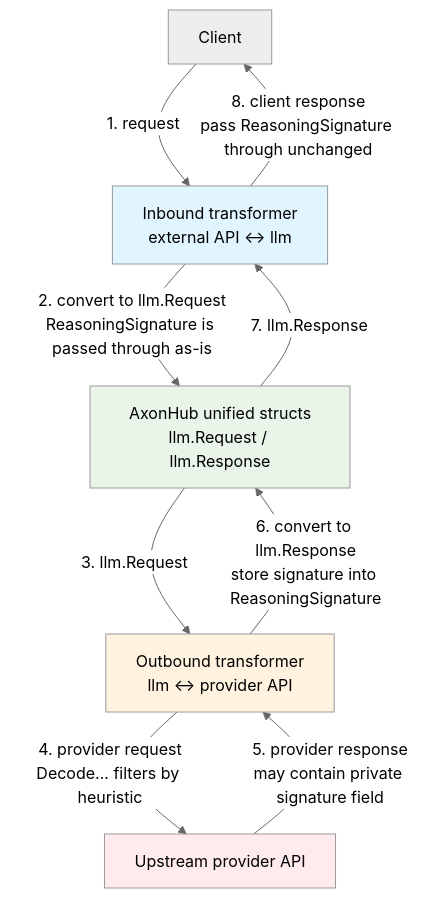
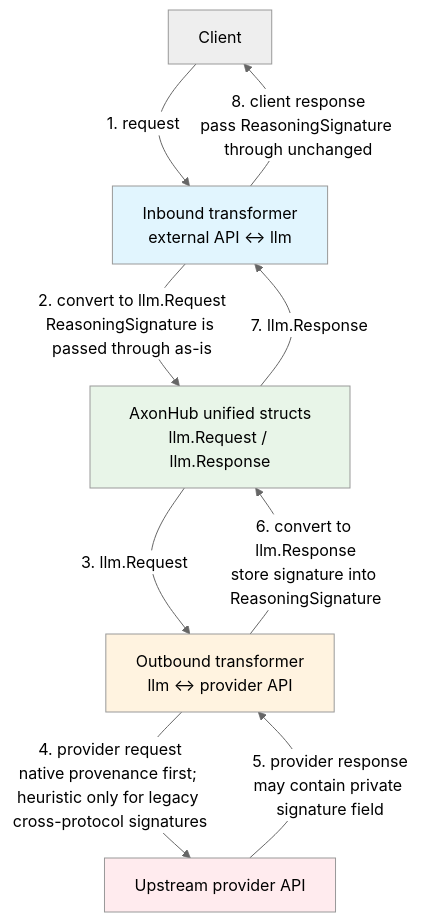
The diagram in llm/transformer/shared/README.md (looplj/axonhub), drawn with Mermaid (neutral theme) before and after one commit. The commit also changed other lines of this file and 21 other files, not shown here.

````diff
--- a/llm/transformer/shared/README.md
+++ b/llm/transformer/shared/README.md
@@ -80,23 +80,23 @@
 ```mermaid
 flowchart TD
     C[Client]
     IT[Inbound transformer<br/>external API ↔ llm]
     LLM[AxonHub unified structs<br/>llm.Request / llm.Response]
     OT[Outbound transformer<br/>llm ↔ provider API]
     P[Upstream provider API]
 
     C -->|1. request| IT
     IT -->|2. convert to llm.Request<br/>ReasoningSignature is passed through as-is| LLM
     LLM -->|3. llm.Request| OT
-    OT -->|4. provider request<br/>Decode... filters by heuristic| P
+    OT -->|4. provider request<br/>native provenance first; heuristic only for legacy cross-protocol signatures| P
 
     P -->|5. provider response<br/>may contain private signature field| OT
     OT -->|6. convert to llm.Response<br/>store signature into ReasoningSignature| LLM
     LLM -->|7. llm.Response| IT
     IT -->|8. client response<br/>pass ReasoningSignature through unchanged| C
     
     style IT fill:#e1f5fe
     style OT fill:#fff3e0
     style LLM fill:#e8f5e8
     style P fill:#ffebee
 ```
````
